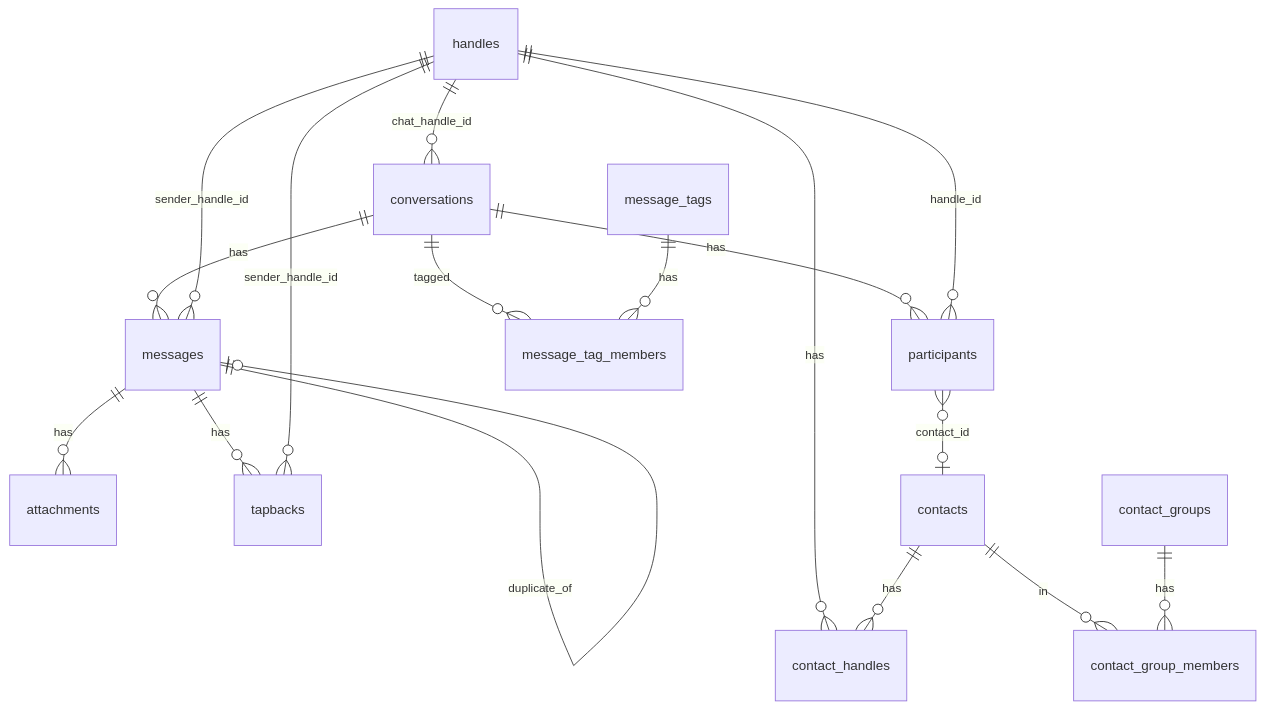
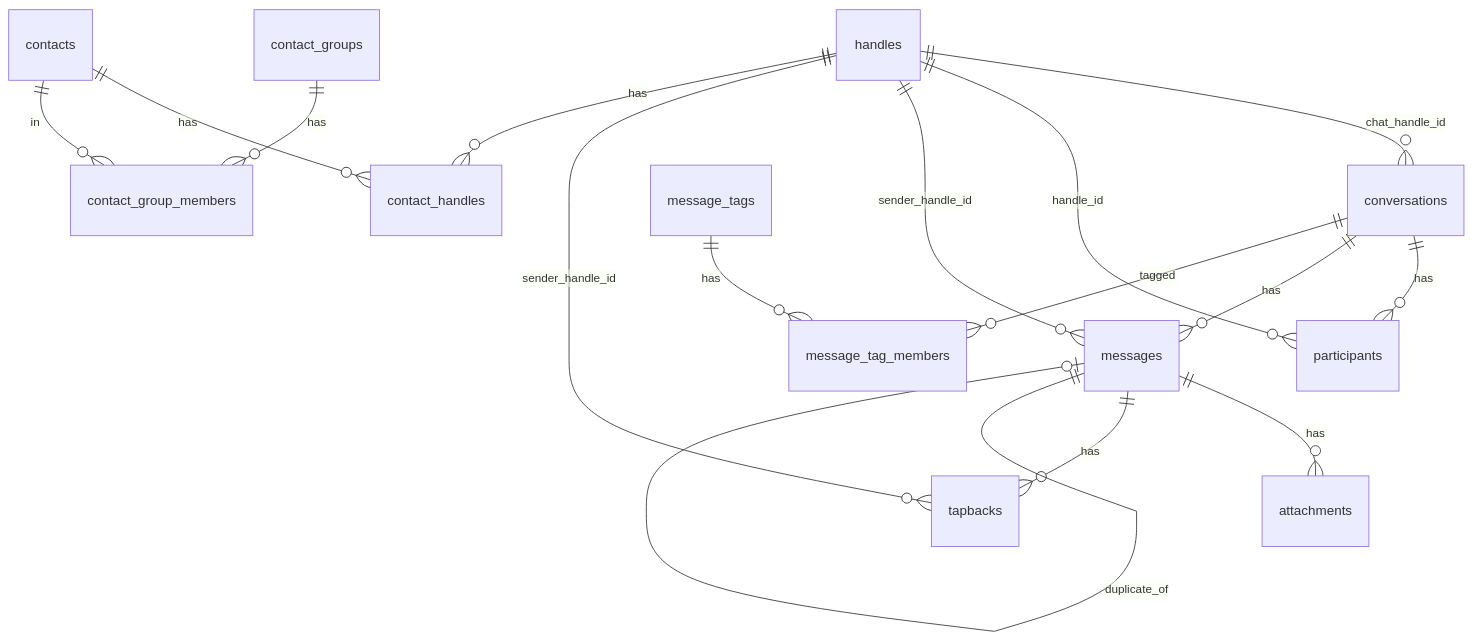
Before and after one commit to bitrealm-io/message-vault: the first of 2 diagrams in docs/src/content/docs/docs/developer/reference/database.md, drawn with Mermaid. The commit also changed other lines of this file and 33 other files, not shown here.

````diff
--- a/docs/src/content/docs/docs/developer/reference/database.md
+++ b/docs/src/content/docs/docs/developer/reference/database.md
@@ -19,19 +19,18 @@
 ```mermaid
 erDiagram
     conversations ||--o{ participants : "has"
     conversations ||--o{ messages : "has"
     messages ||--o{ attachments : "has"
     messages ||--o{ tapbacks : "has"
     messages ||--o| messages : "duplicate_of"
     handles ||--o{ conversations : "chat_handle_id"
     handles ||--o{ participants : "handle_id"
     handles ||--o{ messages : "sender_handle_id"
     handles ||--o{ tapbacks : "sender_handle_id"
     handles ||--o{ contact_handles : "has"
     contacts ||--o{ contact_handles : "has"
     contacts ||--o{ contact_group_members : "in"
     contact_groups ||--o{ contact_group_members : "has"
     conversations ||--o{ message_tag_members : "tagged"
     message_tags ||--o{ message_tag_members : "has"
-    participants }o--o| contacts : "contact_id"
 ```
````
